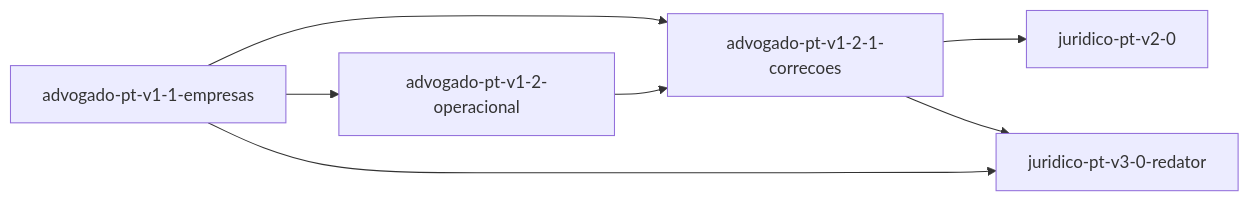
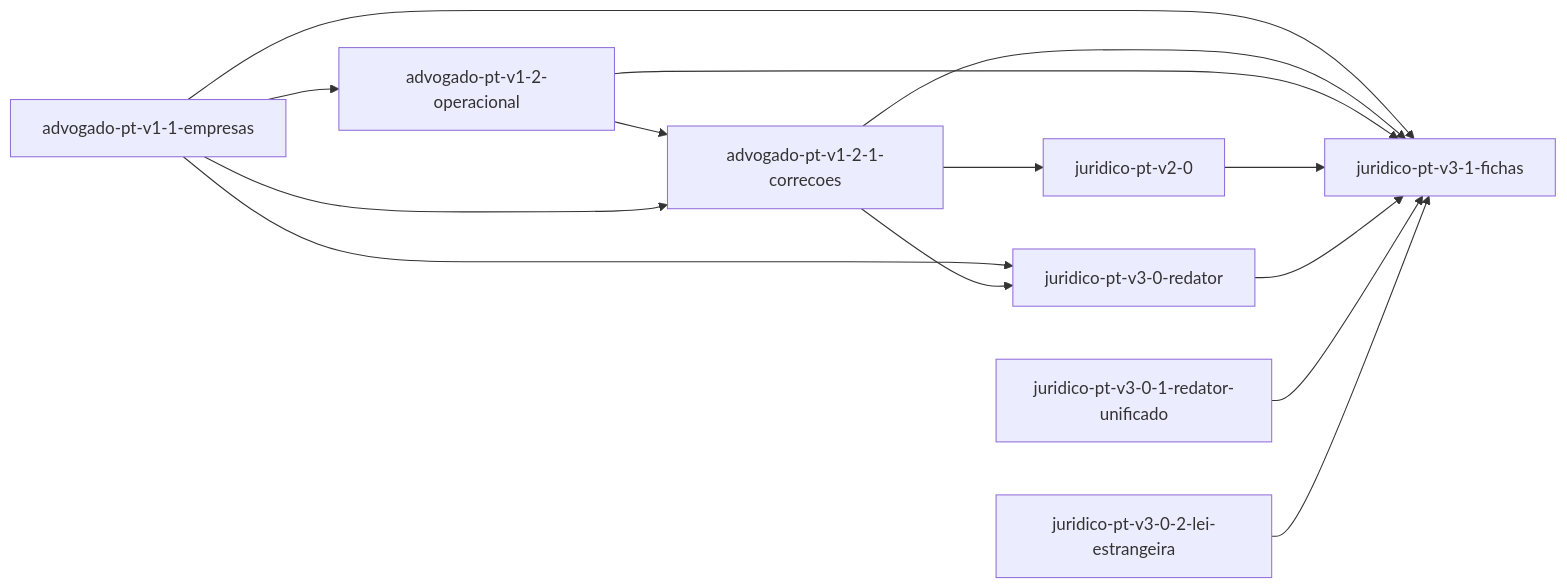
One commit to linofcp007/juridico-pt changed the diagram in .specs/ROADMAP.md. Above: the diagram before and after it, drawn with Mermaid. The commit also changed other lines of this file and 70 other files, not shown here.

````diff
--- a/.specs/ROADMAP.md
+++ b/.specs/ROADMAP.md
@@ -28,9 +31,16 @@
 ```mermaid
 graph LR
   f_advogado_pt_v1_2_operacional["advogado-pt-v1-2-operacional"] --> f_advogado_pt_v1_2_1_correcoes["advogado-pt-v1-2-1-correcoes"]
   f_advogado_pt_v1_1_empresas["advogado-pt-v1-1-empresas"] --> f_advogado_pt_v1_2_1_correcoes["advogado-pt-v1-2-1-correcoes"]
   f_advogado_pt_v1_1_empresas["advogado-pt-v1-1-empresas"] --> f_advogado_pt_v1_2_operacional["advogado-pt-v1-2-operacional"]
   f_advogado_pt_v1_2_1_correcoes["advogado-pt-v1-2-1-correcoes"] --> f_juridico_pt_v2_0["juridico-pt-v2-0"]
   f_advogado_pt_v1_1_empresas["advogado-pt-v1-1-empresas"] --> f_juridico_pt_v3_0_redator["juridico-pt-v3-0-redator"]
   f_advogado_pt_v1_2_1_correcoes["advogado-pt-v1-2-1-correcoes"] --> f_juridico_pt_v3_0_redator["juridico-pt-v3-0-redator"]
+  f_advogado_pt_v1_1_empresas["advogado-pt-v1-1-empresas"] --> f_juridico_pt_v3_1_fichas["juridico-pt-v3-1-fichas"]
+  f_advogado_pt_v1_2_1_correcoes["advogado-pt-v1-2-1-correcoes"] --> f_juridico_pt_v3_1_fichas["juridico-pt-v3-1-fichas"]
+  f_advogado_pt_v1_2_operacional["advogado-pt-v1-2-operacional"] --> f_juridico_pt_v3_1_fichas["juridico-pt-v3-1-fichas"]
+  f_juridico_pt_v2_0["juridico-pt-v2-0"] --> f_juridico_pt_v3_1_fichas["juridico-pt-v3-1-fichas"]
+  f_juridico_pt_v3_0_redator["juridico-pt-v3-0-redator"] --> f_juridico_pt_v3_1_fichas["juridico-pt-v3-1-fichas"]
+  f_juridico_pt_v3_0_1_redator_unificado["juridico-pt-v3-0-1-redator-unificado"] --> f_juridico_pt_v3_1_fichas["juridico-pt-v3-1-fichas"]
+  f_juridico_pt_v3_0_2_lei_estrangeira["juridico-pt-v3-0-2-lei-estrangeira"] --> f_juridico_pt_v3_1_fichas["juridico-pt-v3-1-fichas"]
 ```
````
